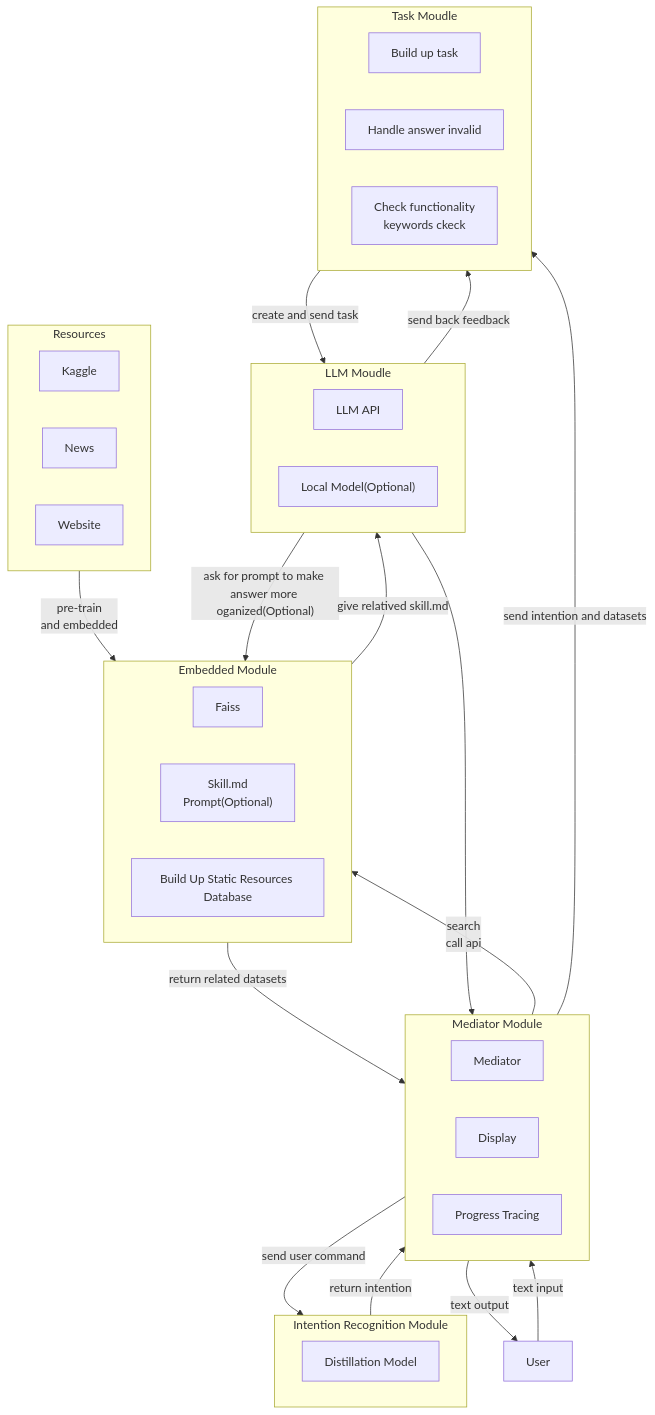
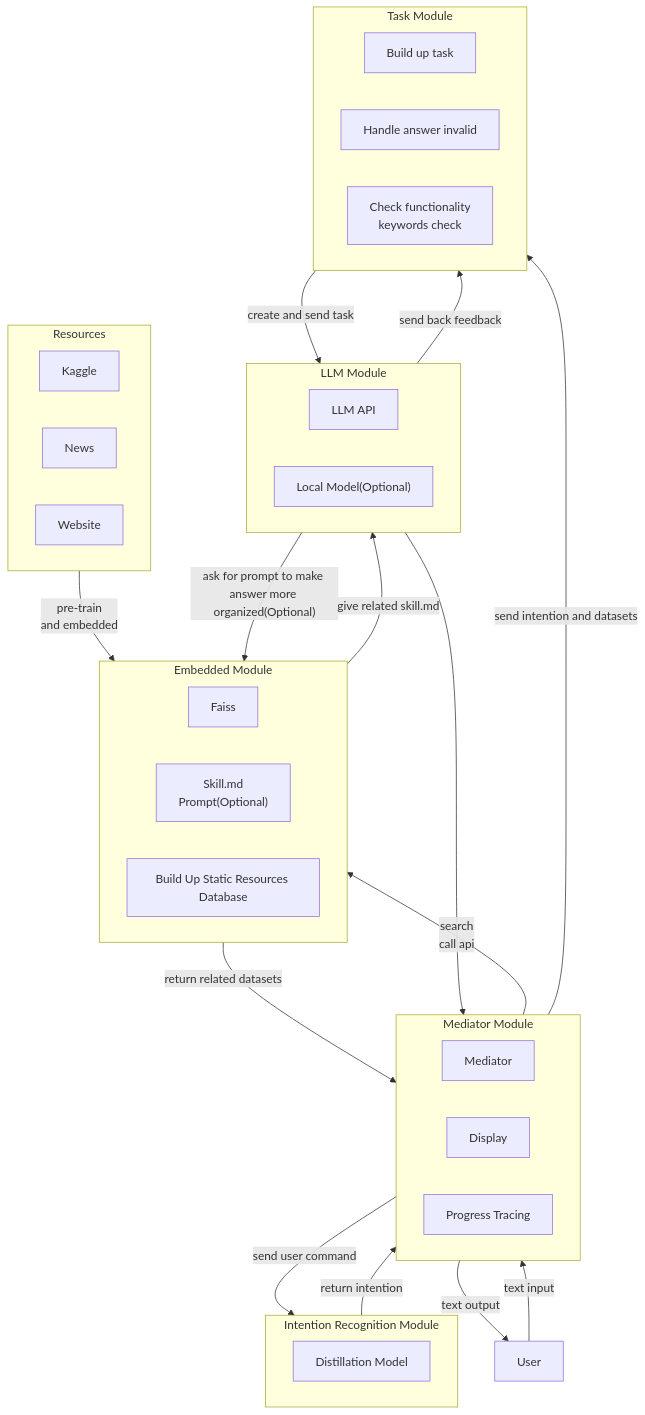
The diagram in README.md (nmjxblw/ARIN7102_Group_Project), drawn with Mermaid before and after one commit. The commit also changed 16 other files, not shown here.

````diff
--- a/README.md
+++ b/README.md
@@ -5,51 +5,51 @@
 ```mermaid
 ---
 config:
   layout: dagre
 ---
 flowchart TB
  subgraph s1["Resources"]
         s1_1["Kaggle"]
         s1_2["News"]
         s1_3["Website"]
   end
  subgraph s2["Embedded Module"]
         s2_1["Faiss"]
         s2_2["Skill.md<br>Prompt(Optional)"]
         n4["Build Up Static Resources Database"]
   end
  subgraph s3["Mediator Module"]
         s3_1["Mediator"]
         s3_2["Display"]
         s3_3["Progress Tracing"]
   end
  subgraph s5["Intention Recognition Module"]
         n3["Distillation Model"]
   end
- subgraph s7["LLM Moudle"]
+ subgraph s7["LLM Module"]
         s7_1["LLM API"]
         s7_2["Local Model(Optional)"]
   end
- subgraph s8["Task Moudle"]
+ subgraph s8["Task Module"]
         s8_1["Build up task"]
         s8_2["Handle answer invalid"]
-        s8_3["Check functionality<br>keywords ckeck"]
+        s8_3["Check functionality<br>keywords check"]
   end
     s1 -- "pre-train<br>and embedded" --> s2
     n1["User"] -- text input --> s3
     s3 -- send user command --> s5
     s5 -- return intention --> s3
-    s7 -- ask for prompt to make answer more oganized(Optional) --> s2
+    s7 -- ask for prompt to make answer more organized(Optional) --> s2
     s2 -- return related datasets --> s3
     s3 -- search<br>call api --> s2
     s3 -- send intention and datasets --> s8
     s8 -- create and send task --> s7
     s7 -- send back feedback --> s8
-    s2 -- "give relatived skill.md" --> s7
+    s2 -- "give related skill.md" --> s7
     s7 --> s3
     s3 -- text output --> n1
 
     n4@{ shape: proc}
     n3@{ shape: rect}
     n1@{ shape: proc}
 ```
````
